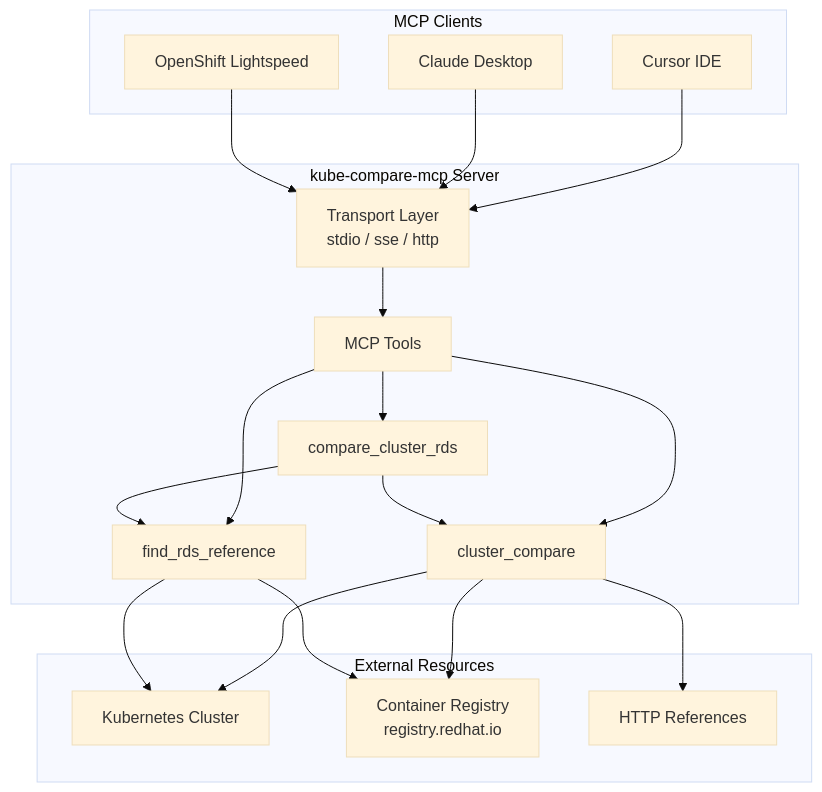
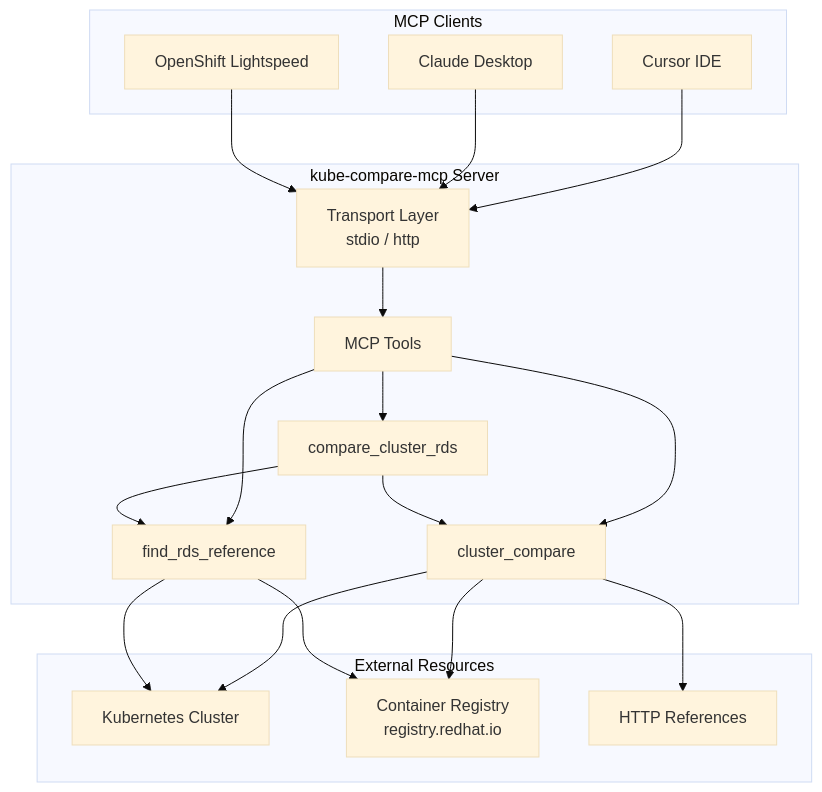
One commit to sakhoury/kube-compare-mcp changed the diagram in README.md. Above: the diagram before and after it, drawn with Mermaid (base theme). The commit also changed other lines of this file and 2 other files, not shown here.

First line of the commit message:
Remove SSE transport (deprecated in MCP spec)

````diff
--- a/README.md
+++ b/README.md
@@ -39,37 +39,37 @@
 ```mermaid
 flowchart TB
     subgraph clients [MCP Clients]
         Cursor[Cursor IDE]
         Claude[Claude Desktop]
         OLS[OpenShift Lightspeed]
     end
 
     subgraph server [kube-compare-mcp Server]
-        Transport[Transport Layer<br/>stdio / sse / http]
+        Transport[Transport Layer<br/>stdio / http]
         Tools[MCP Tools]
         ClusterCompare[cluster_compare]
         FindRDS[find_rds_reference]
         CompareRDS[compare_cluster_rds]
     end
 
     subgraph external [External Resources]
         K8sCluster[Kubernetes Cluster]
         Registry[Container Registry<br/>registry.redhat.io]
         HTTPRef[HTTP References]
     end
 
     Cursor --> Transport
     Claude --> Transport
     OLS --> Transport
     Transport --> Tools
     Tools --> ClusterCompare
     Tools --> FindRDS
     Tools --> CompareRDS
     ClusterCompare --> K8sCluster
     ClusterCompare --> Registry
     ClusterCompare --> HTTPRef
     FindRDS --> K8sCluster
     FindRDS --> Registry
     CompareRDS --> ClusterCompare
     CompareRDS --> FindRDS
 ```
````
